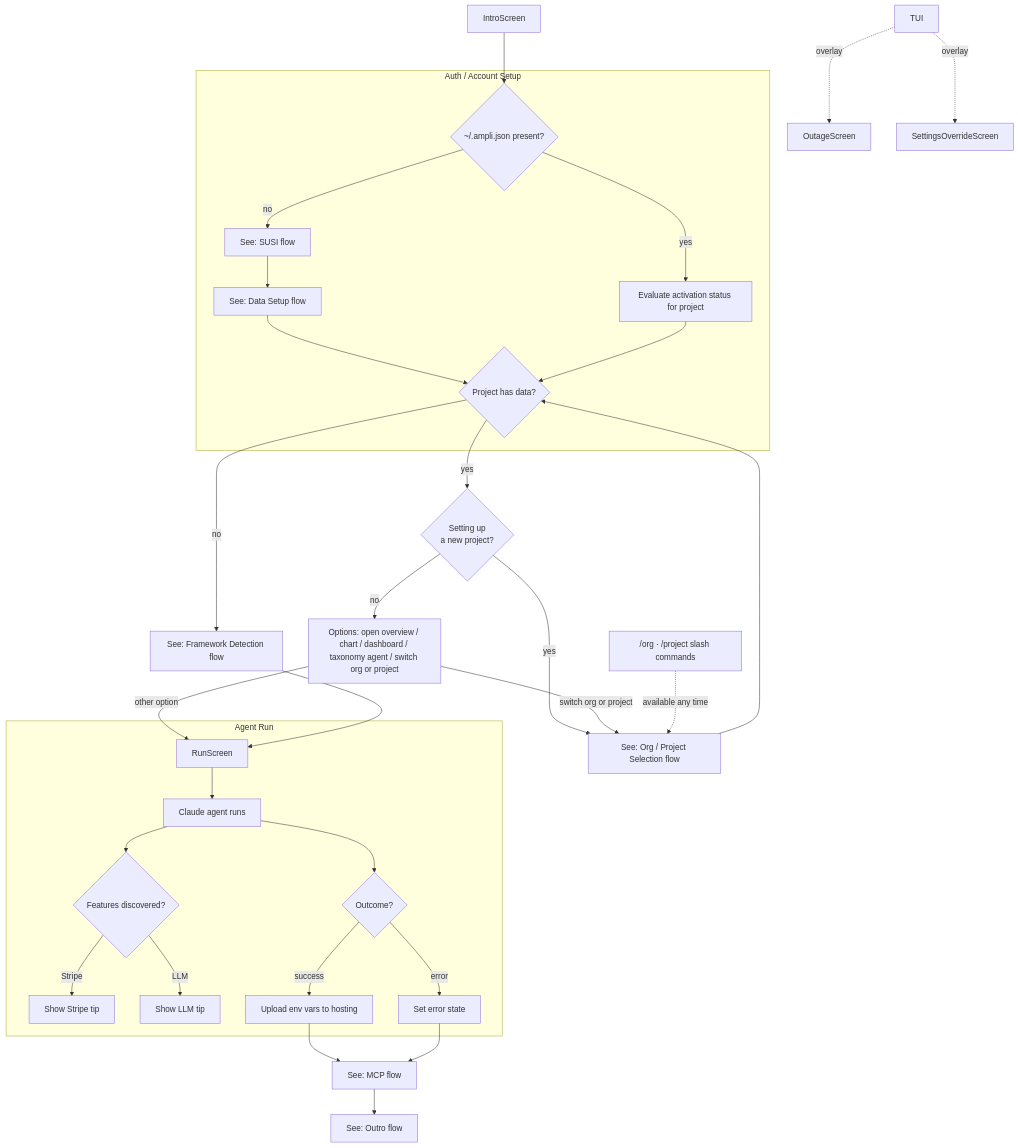
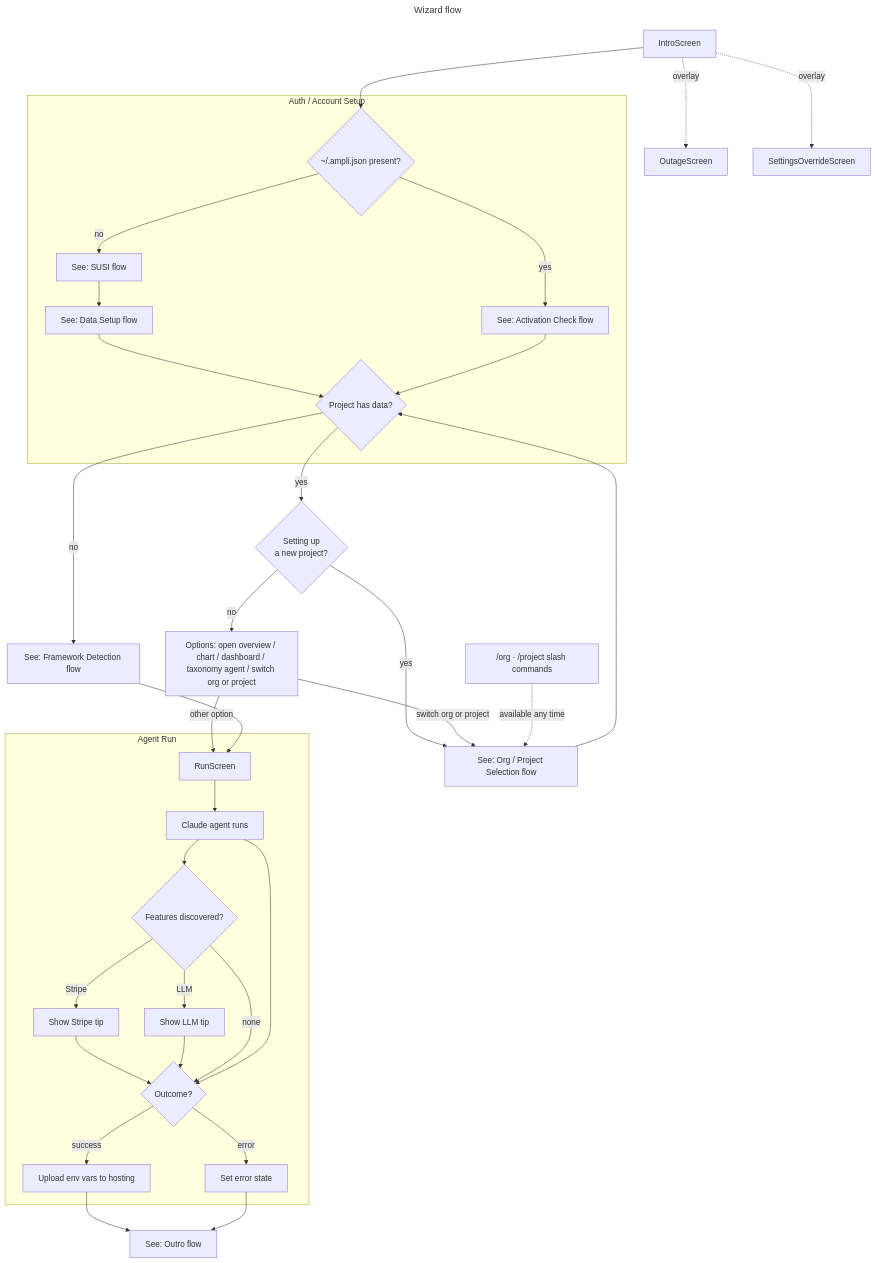
The second of 8 diagrams in docs/flows.md (amplitude/wizard), drawn with Mermaid before and after one commit. The commit also changed other lines of this file and 17 other files, not shown here.

First line of the commit message:
Add CLAUDE.md, expand flows, and update docs

````diff
--- a/docs/flows.md
+++ b/docs/flows.md
@@ -57,44 +55,46 @@
 ```mermaid
+---
+title: Wizard flow
+---
 flowchart TD
     START["IntroScreen"] --> AUTH_CHECK
 
     subgraph AUTH ["Auth / Account Setup"]
         AUTH_CHECK{~/.ampli.json present?}
-        AUTH_CHECK -->|yes| ACTIVATION["Evaluate activation status for project"]
+        AUTH_CHECK -->|yes| ACTIVATION["See: Activation Check flow"]
         AUTH_CHECK -->|no| SUSI["See: SUSI flow"]
         SUSI --> DATA_SETUP["See: Data Setup flow"]
         DATA_SETUP --> DATA_CHECK
         ACTIVATION --> DATA_CHECK
+        DATA_CHECK{Project has data?}
     end
 
-    DATA_CHECK{Project has data?}
     DATA_CHECK -->|no| FRAMEWORK["See: Framework Detection flow"]
-    DATA_CHECK -->|yes| NEW_PROJECT{Setting up\na new project?}
+    DATA_CHECK -->|yes| NEW_PROJECT{Setting up<br/>a new project?}
     NEW_PROJECT -->|yes| ORG_PROJECT["See: Org / Project Selection flow"]
     NEW_PROJECT -->|no| OPTIONS["Options: open overview / chart / dashboard / taxonomy agent / switch org or project"]
     ORG_PROJECT --> DATA_CHECK
 
     OPTIONS -->|switch org or project| ORG_PROJECT
     OPTIONS -->|other option| RUN
     FRAMEWORK --> RUN
 
     SLASH_CMD["/org · /project slash commands"] -. available any time .-> ORG_PROJECT
 
     subgraph AGENT_RUN ["Agent Run"]
         RUN["RunScreen"] --> AGENT["Claude agent runs"]
         AGENT --> FEATURES{Features discovered?}
-        FEATURES -->|Stripe| STRIPE_TIP["Show Stripe tip"]
-        FEATURES -->|LLM| LLM_TIP["Show LLM tip"]
+        FEATURES -->|Stripe| STRIPE_TIP["Show Stripe tip"] --> OUTCOME
+        FEATURES -->|LLM| LLM_TIP["Show LLM tip"] --> OUTCOME
+        FEATURES -->|none| OUTCOME
         AGENT --> OUTCOME{Outcome?}
         OUTCOME -->|success| POST["Upload env vars to hosting"]
         OUTCOME -->|error| ERR["Set error state"]
     end
 
-    POST --> MCP["See: MCP flow"]
-    ERR --> MCP
+    POST --> OUTRO["See: Outro flow"]
+    ERR --> OUTRO
 
-    MCP --> OUTRO["See: Outro flow"]
-
-    TUI -. overlay .-> OUTAGE["OutageScreen"]
-    TUI -. overlay .-> SETTINGS_OVR["SettingsOverrideScreen"]
+    START -. overlay .-> OUTAGE["OutageScreen"]
+    START -. overlay .-> SETTINGS_OVR["SettingsOverrideScreen"]
 ```
````
